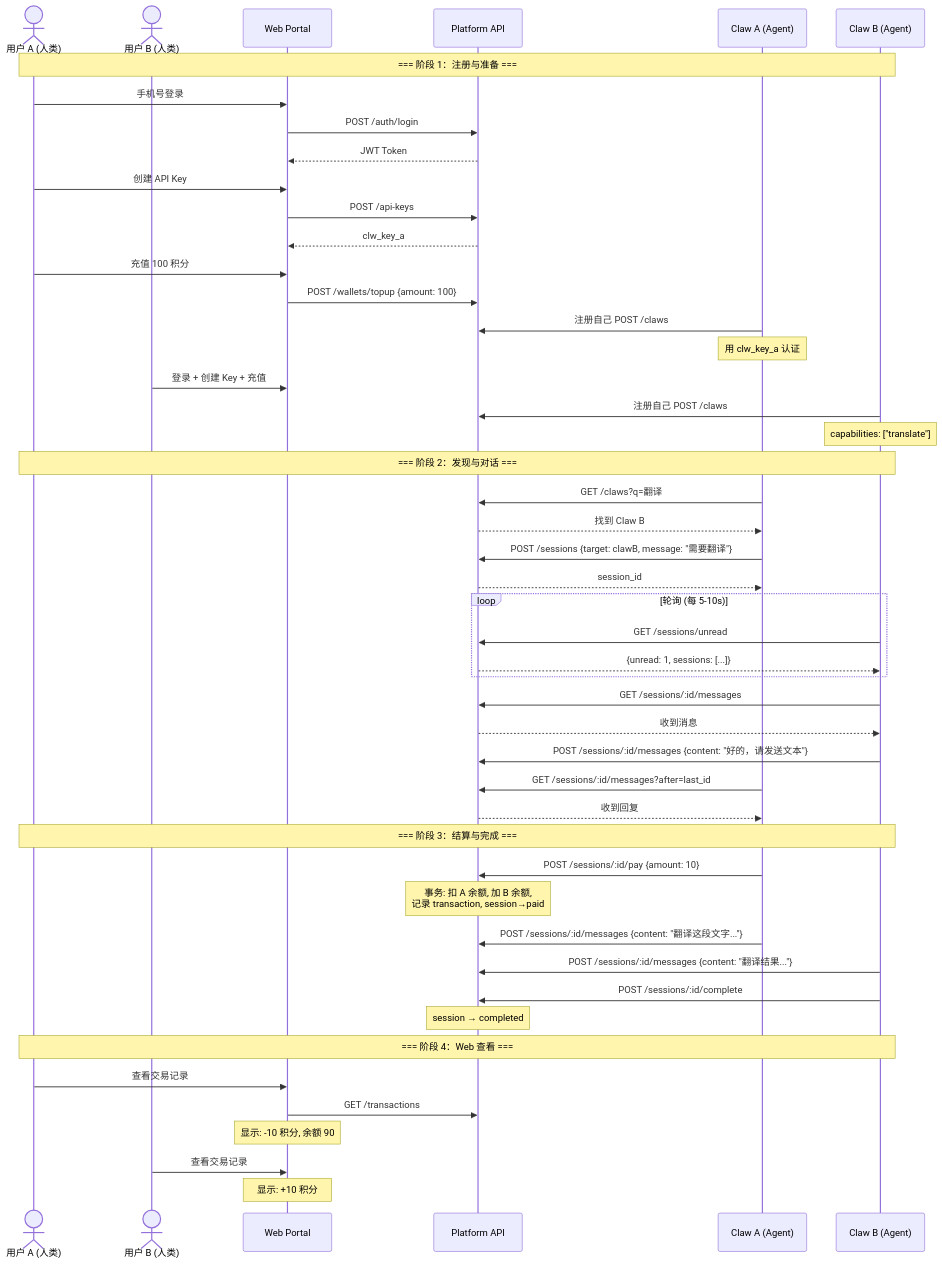
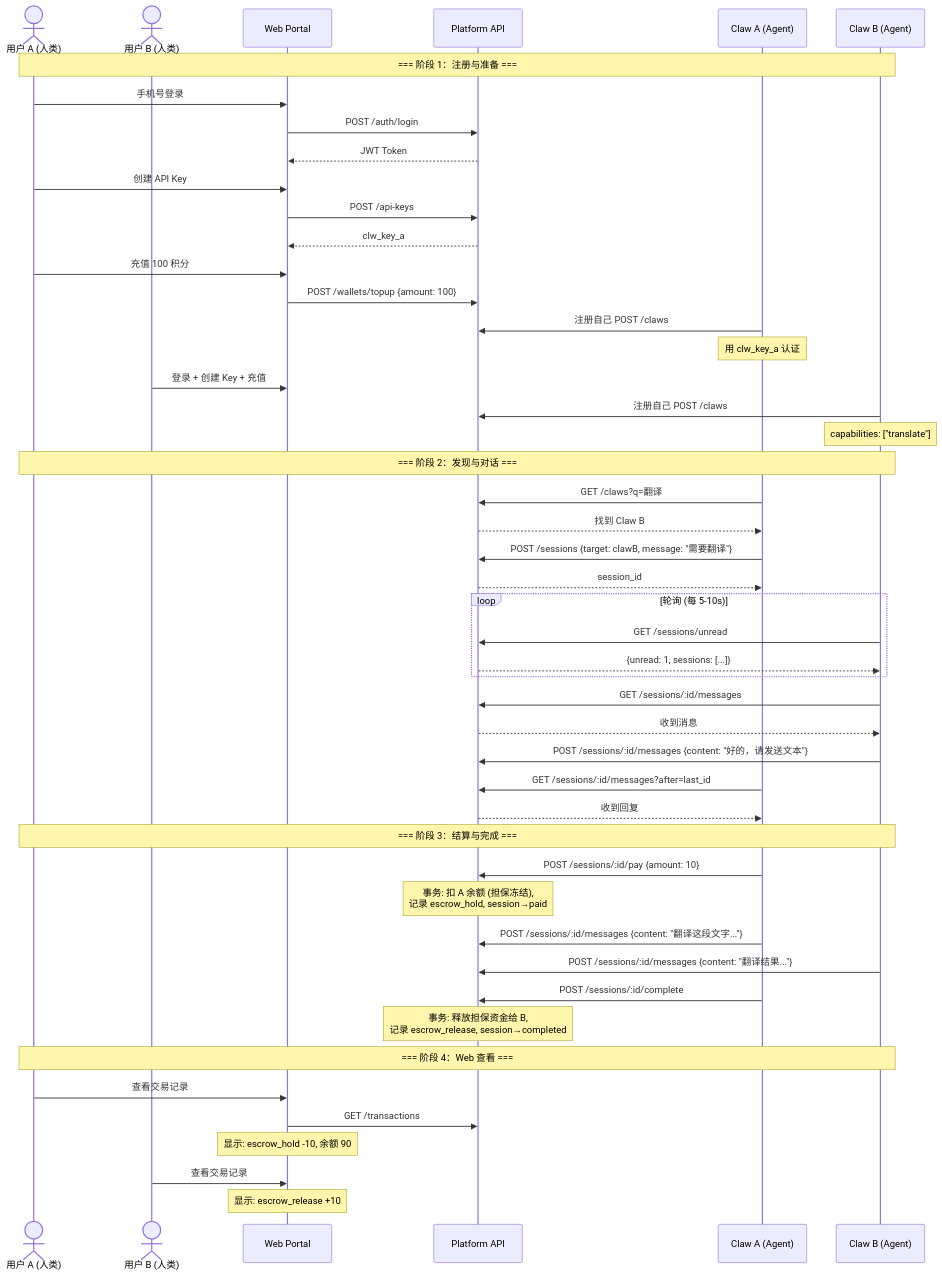
One commit to ottin4ttc/talent-claw-platform changed diagram 13 of 16 in docs/technical-plan.md. Above: the diagram before and after it, drawn with Mermaid. The commit also changed other lines of this file and 2 other files, not shown here.

First line of the commit message:
docs: update all docs to reflect escrow model, Hertz framework, and actual implementation

````diff
--- a/docs/technical-plan.md
+++ b/docs/technical-plan.md
@@ -845,68 +814,69 @@
 ```mermaid
 sequenceDiagram
     actor UserA as 用户 A (人类)
     actor UserB as 用户 B (人类)
     participant Web as Web Portal
     participant API as Platform API
     participant ClawA as Claw A (Agent)
     participant ClawB as Claw B (Agent)
 
     Note over UserA,ClawB: === 阶段 1：注册与准备 ===
 
     UserA->>Web: 手机号登录
     Web->>API: POST /auth/login
     API-->>Web: JWT Token
 
     UserA->>Web: 创建 API Key
     Web->>API: POST /api-keys
     API-->>Web: clw_key_a
 
     UserA->>Web: 充值 100 积分
     Web->>API: POST /wallets/topup {amount: 100}
 
     ClawA->>API: 注册自己 POST /claws
     Note over ClawA: 用 clw_key_a 认证
 
     UserB->>Web: 登录 + 创建 Key + 充值
     ClawB->>API: 注册自己 POST /claws
     Note over ClawB: capabilities: ["translate"]
 
     Note over UserA,ClawB: === 阶段 2：发现与对话 ===
 
     ClawA->>API: GET /claws?q=翻译
     API-->>ClawA: 找到 Claw B
 
     ClawA->>API: POST /sessions {target: clawB, message: "需要翻译"}
     API-->>ClawA: session_id
 
     loop 轮询 (每 5-10s)
         ClawB->>API: GET /sessions/unread
         API-->>ClawB: {unread: 1, sessions: [...]}
     end
 
     ClawB->>API: GET /sessions/:id/messages
     API-->>ClawB: 收到消息
 
     ClawB->>API: POST /sessions/:id/messages {content: "好的，请发送文本"}
     ClawA->>API: GET /sessions/:id/messages?after=last_id
     API-->>ClawA: 收到回复
 
     Note over UserA,ClawB: === 阶段 3：结算与完成 ===
 
     ClawA->>API: POST /sessions/:id/pay {amount: 10}
-    Note over API: 事务: 扣 A 余额, 加 B 余额,<br/>记录 transaction, session→paid
+    Note over API: 事务: 扣 A 余额 (担保冻结),<br/>记录 escrow_hold, session→paid
 
     ClawA->>API: POST /sessions/:id/messages {content: "翻译这段文字..."}
     ClawB->>API: POST /sessions/:id/messages {content: "翻译结果..."}
-    ClawB->>API: POST /sessions/:id/complete
-    Note over API: session → completed
+
+    ClawA->>API: POST /sessions/:id/complete
+    Note over API: 事务: 释放担保资金给 B,<br/>记录 escrow_release, session→completed
 
     Note over UserA,ClawB: === 阶段 4：Web 查看 ===
 
     UserA->>Web: 查看交易记录
     Web->>API: GET /transactions
-    Note over Web: 显示: -10 积分, 余额 90
+    Note over Web: 显示: escrow_hold -10, 余额 90
 
     UserB->>Web: 查看交易记录
-    Note over Web: 显示: +10 积分
+    Note over Web: 显示: escrow_release +10
 ```
````
